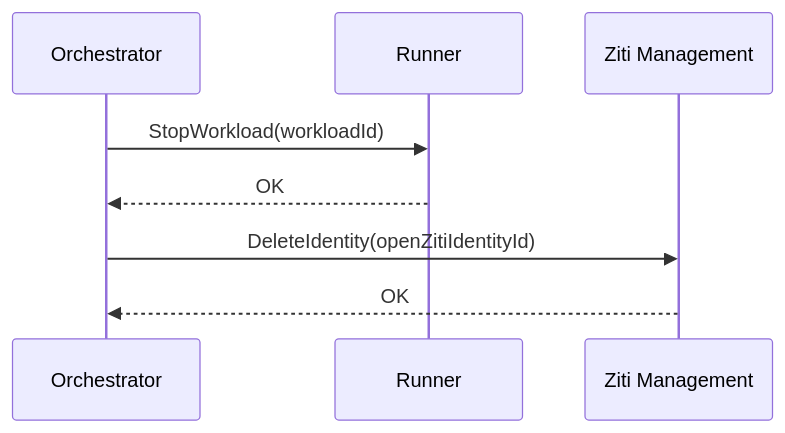
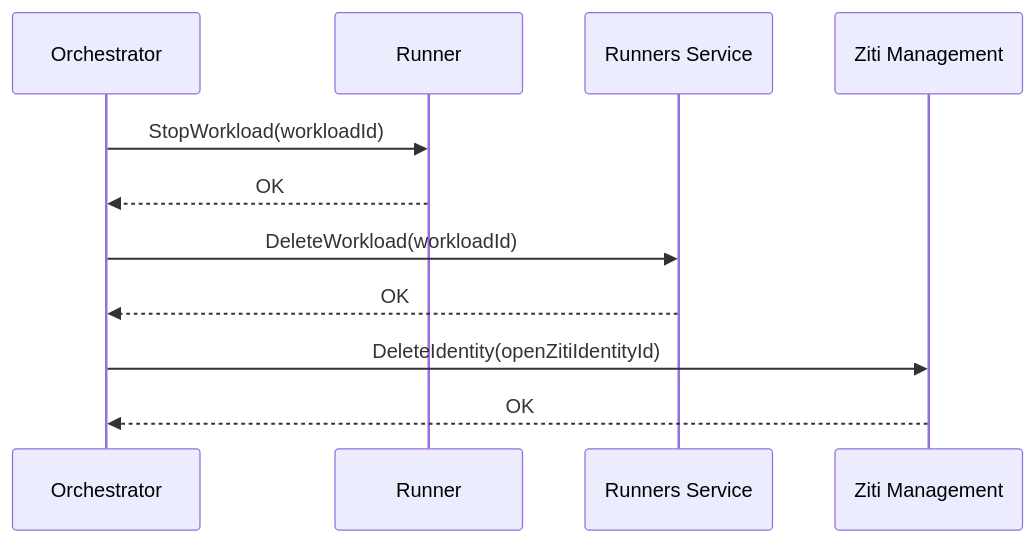
The fourth of 4 diagrams in architecture/agents-orchestrator.md (agynio/architecture), drawn with Mermaid before and after one commit. The commit also changed other lines of this file and 7 other files, not shown here.

First line of the commit message:
add Runners service architecture

````diff
--- a/architecture/agents-orchestrator.md
+++ b/architecture/agents-orchestrator.md
@@ -137,11 +142,14 @@
 ```mermaid
 sequenceDiagram
     participant O as Orchestrator
     participant R as Runner
+    participant RS as Runners Service
     participant ZM as Ziti Management
 
     O->>R: StopWorkload(workloadId)
     R-->>O: OK
+    O->>RS: DeleteWorkload(workloadId)
+    RS-->>O: OK
     O->>ZM: DeleteIdentity(openZitiIdentityId)
     ZM-->>O: OK
 ```
````
